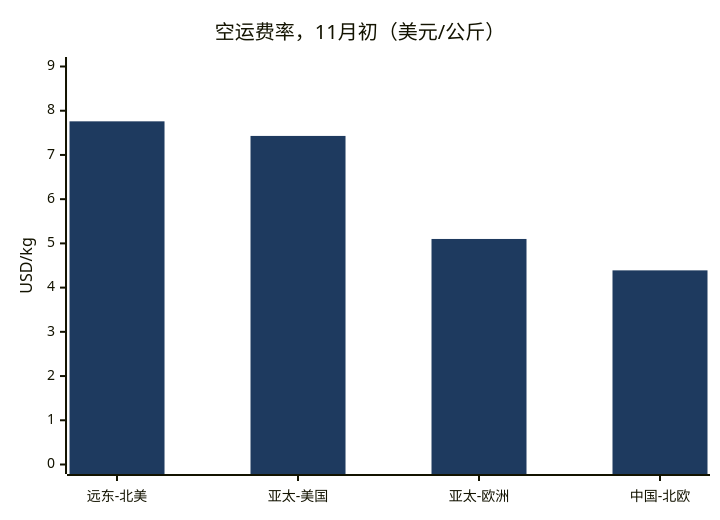
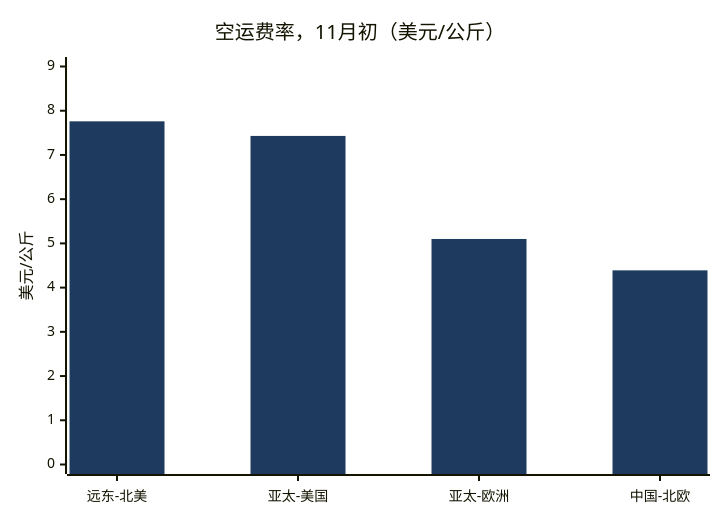
The seventh of 9 diagrams in Global-Trade-Intelligence-weekly-2026-11-09/index.zh.md (dureach/research), drawn with Mermaid before and after one commit. The commit also changed other lines of this file and 5 other files, not shown here.

````diff
--- a/Global-Trade-Intelligence-weekly-2026-11-09/index.zh.md
+++ b/Global-Trade-Intelligence-weekly-2026-11-09/index.zh.md
@@ -444,8 +444,8 @@
 ```mermaid
 %%{init: {'theme': 'base', 'themeVariables': {'xyChart': {'plotColorPalette': '#1e3a5f'}}}}%%
 xychart-beta
     title "空运费率，11月初（美元/公斤）"
     x-axis ["远东-北美", "亚太-美国", "亚太-欧洲", "中国-北欧"]
-    y-axis "USD/kg" 0 --> 9
+    y-axis "美元/公斤" 0 --> 9
     bar [7.76, 7.43, 5.1, 4.39]
 ```
````
